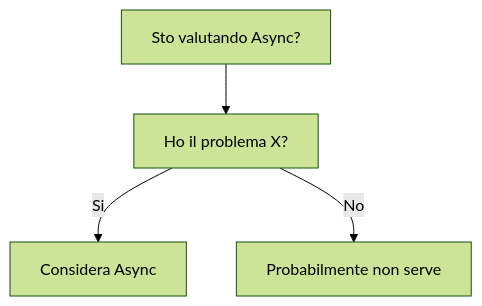
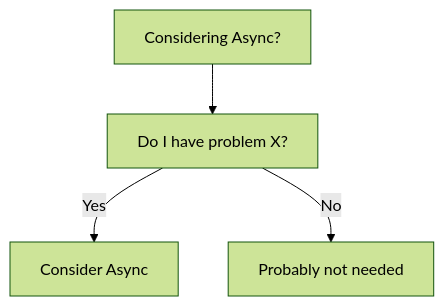
The diagram in dev-wiki/14_Languages/CSharp/Async/When_To_Use.md (HxT9/Software-Dev-Wiki), drawn with Mermaid (forest theme) before and after one commit. The commit also changed other lines of this file and 3444 other files, not shown here.

````diff
--- a/dev-wiki/14_Languages/CSharp/Async/When_To_Use.md
+++ b/dev-wiki/14_Languages/CSharp/Async/When_To_Use.md
@@ -19,6 +19,6 @@
 ```mermaid
 flowchart TD
-  Q[Sto valutando Async?] --> Q1[Ho il problema X?]
-  Q1 -->|Si| OK[Considera Async]
-  Q1 -->|No| NO[Probabilmente non serve]
+  Q[Considering Async?] --> Q1[Do I have problem X?]
+  Q1 -->|Yes| OK[Consider Async]
+  Q1 -->|No| NO[Probably not needed]
 ```
````
